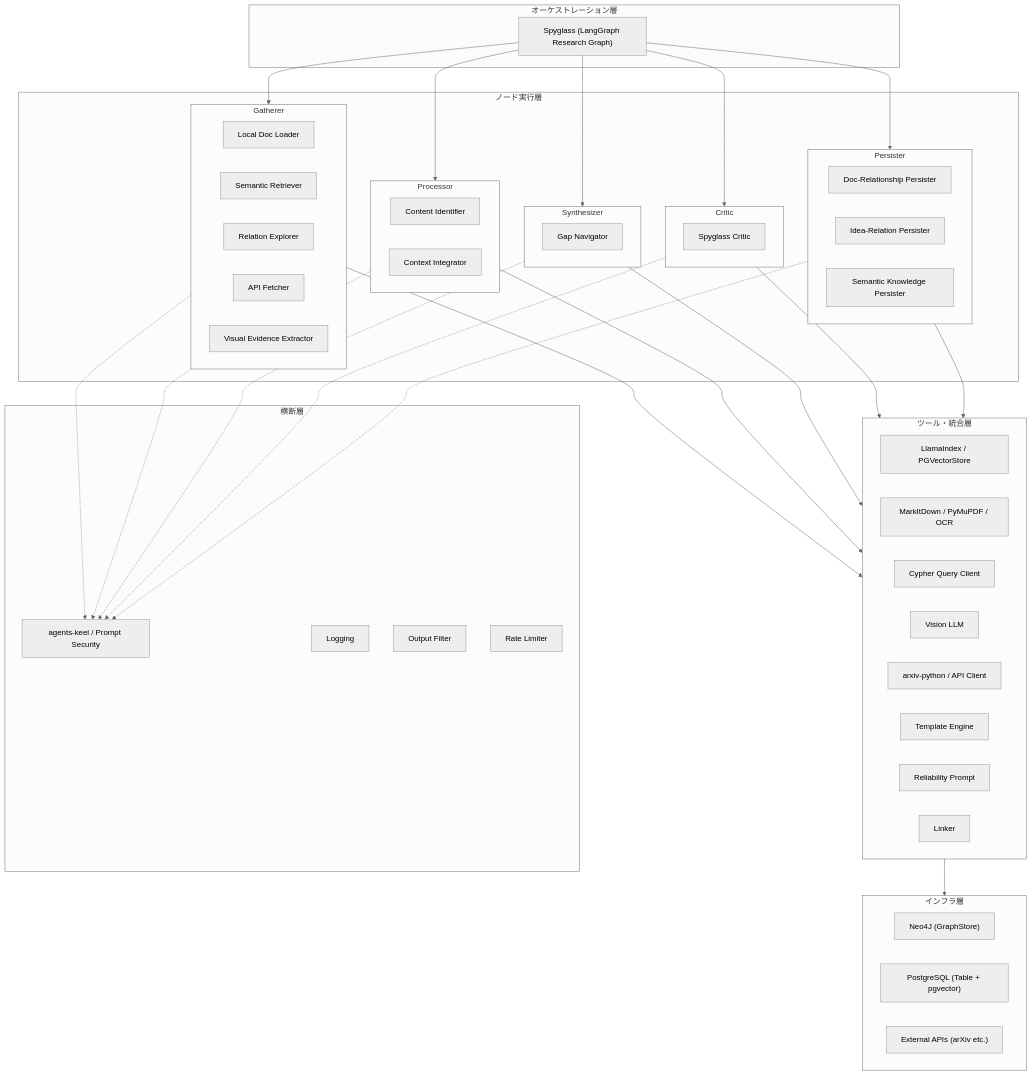
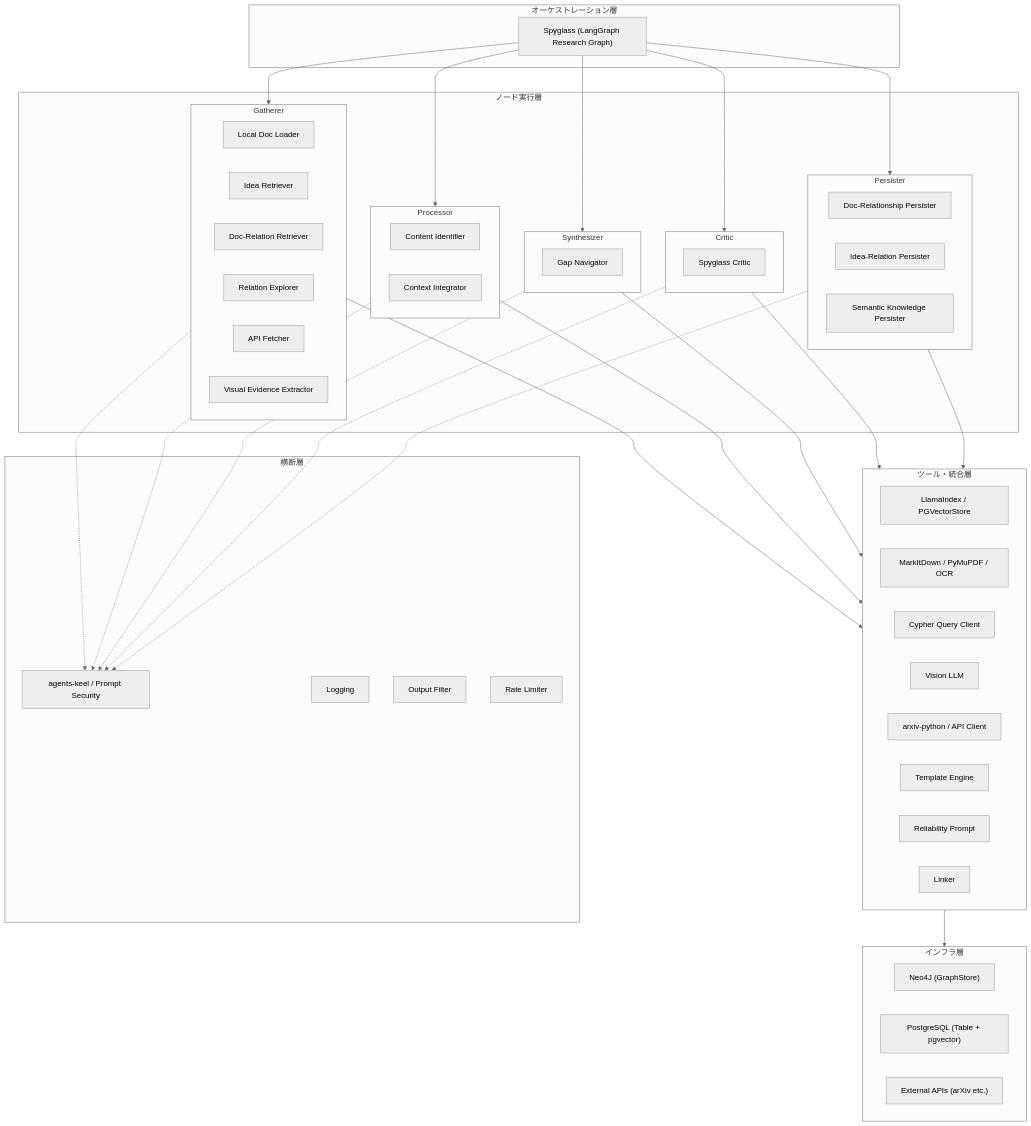
One commit to YHTR0257/origin-spyglass changed the diagram in docs/architecture.md. Above: the diagram before and after it, drawn with Mermaid (neutral theme). The commit also changed other lines of this file and 2 other files, not shown here.

Commit message:
docs: Update idea-relation*.md, architecture

````diff
--- a/docs/architecture.md
+++ b/docs/architecture.md
@@ -8,79 +8,80 @@
 ```mermaid
 flowchart TD
     subgraph Orchestration ["オーケストレーション層"]
         Spyglass["Spyglass (LangGraph Research Graph)"]
     end
 
     subgraph NodeLayer ["ノード実行層"]
         subgraph Gatherer ["Gatherer"]
             LocalDocLoader["Local Doc Loader"]
-            SemanticRetriever["Semantic Retriever"]
+            IdeaRetriever["Idea Retriever"]
+            DocRelationRetriever["Doc-Relation Retriever"]
             RelationExplorer["Relation Explorer"]
             APIFetcher["API Fetcher"]
             VisualEvidenceExtractor["Visual Evidence Extractor"]
         end
 
         subgraph Processor ["Processor"]
             ContentIdentifier["Content Identifier"]
             ContextIntegrator["Context Integrator"]
         end
 
         subgraph Synthesizer ["Synthesizer"]
             GapNavigator["Gap Navigator"]
         end
 
         subgraph Critic ["Critic"]
             SpyglassCritic["Spyglass Critic"]
         end
 
         subgraph Persister ["Persister"]
             DocRelationshipPersister["Doc-Relationship Persister"]
             IdeaRelationPersister["Idea-Relation Persister"]
             SemanticKnowledgePersister["Semantic Knowledge Persister"]
         end
     end
 
     subgraph ToolIntegration ["ツール・統合層"]
         LlamaIndex["LlamaIndex / PGVectorStore"]
         MarkItDown["MarkItDown / PyMuPDF / OCR"]
         CypherClient["Cypher Query Client"]
         VisionLLM["Vision LLM"]
         ArxivClient["arxiv-python / API Client"]
         TemplateEngine["Template Engine"]
         ReliabilityPrompt["Reliability Prompt"]
         Linker["Linker"]
     end
 
     subgraph Infra ["インフラ層"]
         Neo4J["Neo4J (GraphStore)"]
         Postgres["PostgreSQL (Table + pgvector)"]
         ExternalApi["External APIs (arXiv etc.)"]
     end
 
     subgraph CrossCutting ["横断層"]
         Security["agents-keel / Prompt Security"]
         Logging["Logging"]
         OutputFilter["Output Filter"]
         RateLimit["Rate Limiter"]
     end
 
     Spyglass --> Gatherer
     Spyglass --> Processor
     Spyglass --> Synthesizer
     Spyglass --> Critic
     Spyglass --> Persister
 
     Gatherer --> ToolIntegration
     Processor --> ToolIntegration
     Synthesizer --> ToolIntegration
     Critic --> ToolIntegration
     Persister --> ToolIntegration
 
     ToolIntegration --> Infra
 
     Gatherer -.-> Security
     Processor -.-> Security
     Synthesizer -.-> Security
     Critic -.-> Security
     Persister -.-> Security
 ```
````
